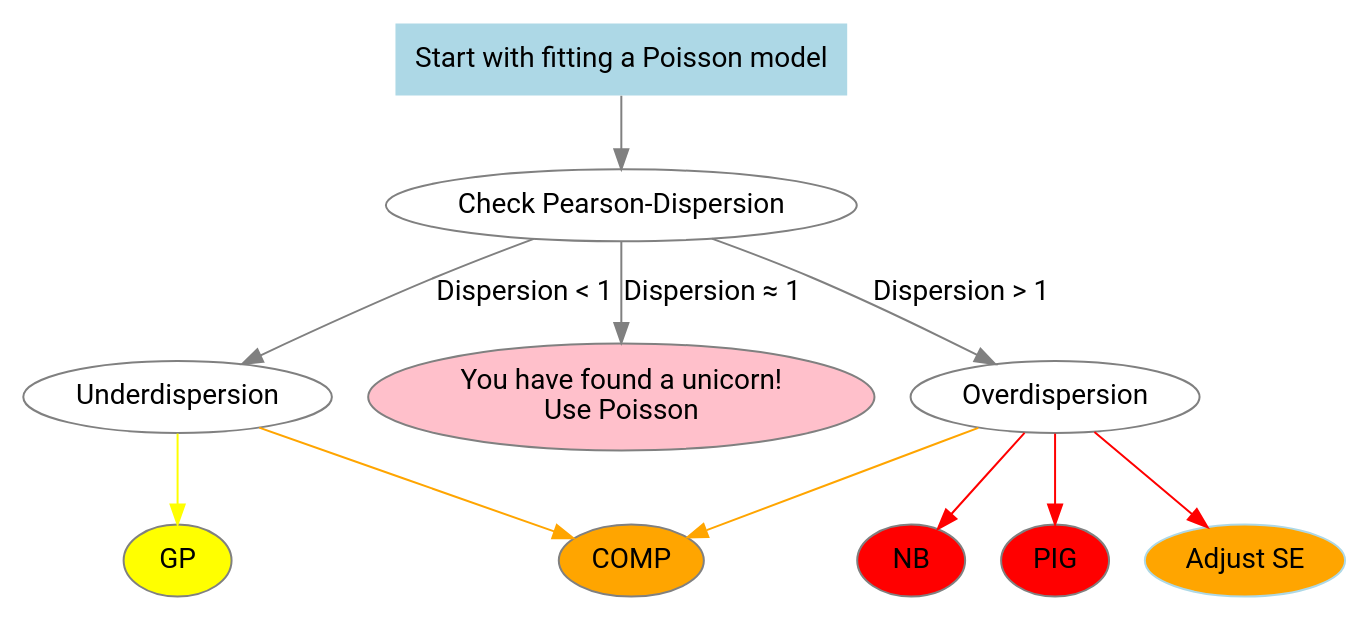
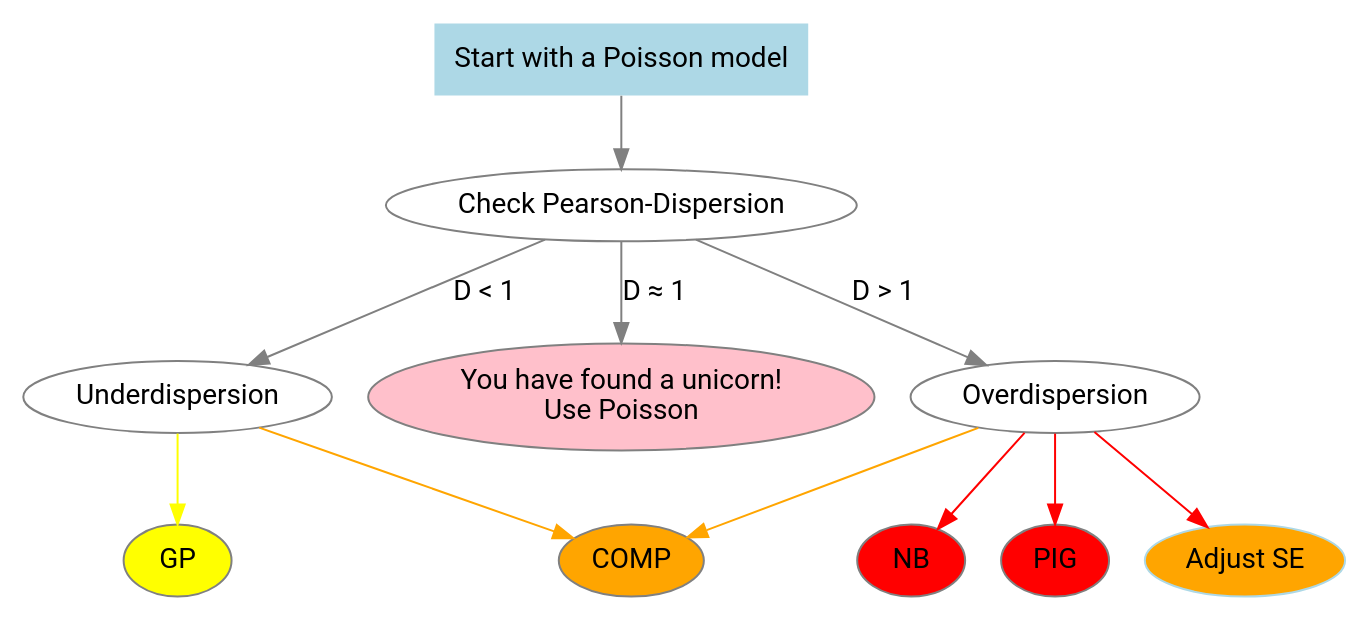
The diagram in graphs/decision-guide.dot (jemus42/poisson-regression), drawn with Graphviz before and after one commit. The commit also changed 2 other files, not shown here.

```diff
--- a/graphs/decision-guide.dot
+++ b/graphs/decision-guide.dot
@@ -1,52 +1,51 @@
 digraph decisiontree {
 
 graph [layout = dot]
 
 ################################
 #### Global node attributes ####
 ################################
 node [shape = oval,
       style = filled,
       color = grey,
       fontname = "Roboto"]
 edge [fontname = "Roboto"]
 
 node [fillcolor = white]
-start [label = "Start with fitting a Poisson model",
+start [label = "Start with a Poisson model",
        shape = plaintext,
        fillcolor = "lightblue"]
 
 ################################
 #### First step             ####
 ################################
 node [fillcolor = white]
 checkdisp [label = "Check Pearson-Dispersion"]
 
 ud [label = "Underdispersion"]
 unicorn [label = "You have found a unicorn!\nUse Poisson", fillcolor = pink]
 od [label = "Overdispersion"]
 
 node [fillcolor = orange]
 
 edge [color = grey]
 start -> checkdisp [label = ""]
-checkdisp -> ud [label = "Dispersion < 1"]
-checkdisp -> unicorn [label = "Dispersion ≈ 1"]
-checkdisp -> od [label = "Dispersion > 1"]
+checkdisp -> ud [label = "D < 1"]
+checkdisp -> unicorn [label = "D ≈ 1"]
+checkdisp -> od [label = "D > 1"]
 #unicorn -> start [label = "Use actual Poisson regression"]
 
 node []
 se_adjust [label = "Adjust SE", color = lightblue]
 nbin [label = "NB", fillcolor = red]
 pig [label = "PIG", fillcolor = red]
 cmp [label = "COMP", fillcolor = orange]
 gpois [label = "GP", fillcolor = yellow]
 
 edge [color = red]
 od -> {nbin pig se_adjust}
 edge [color = yellow]
 ud -> gpois
 edge [color = orange]
 od, ud -> cmp
-
 }
```
